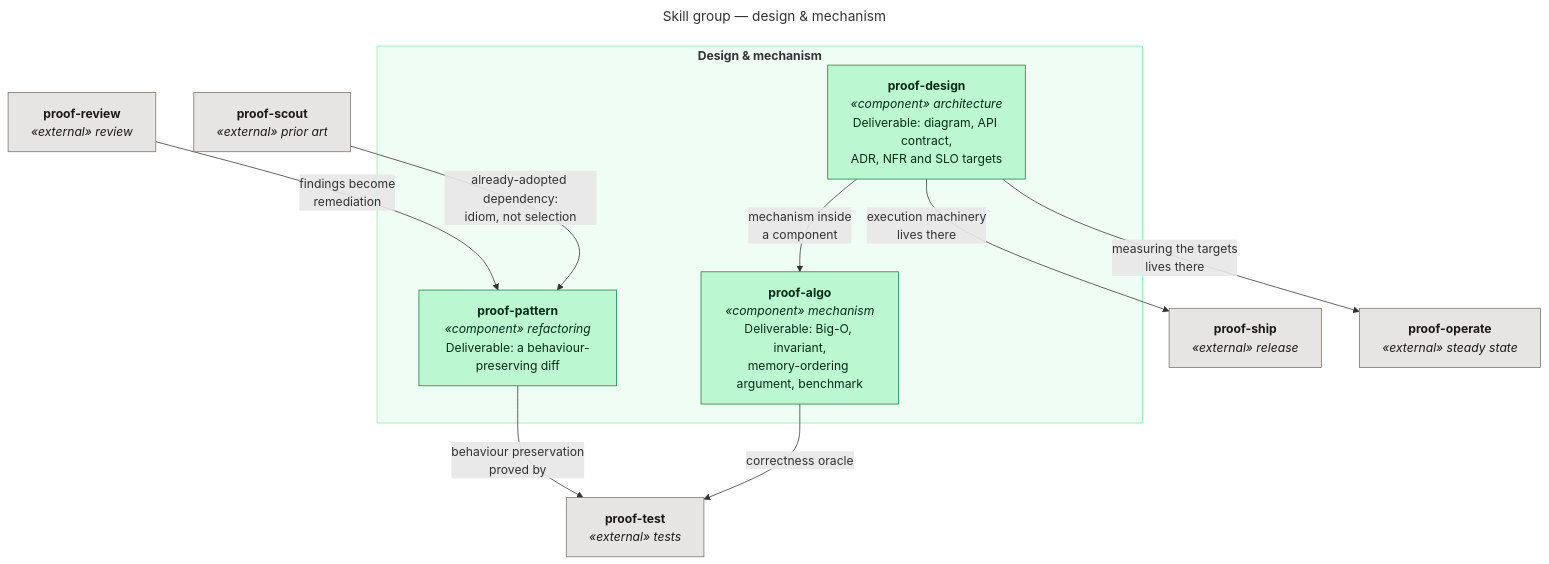
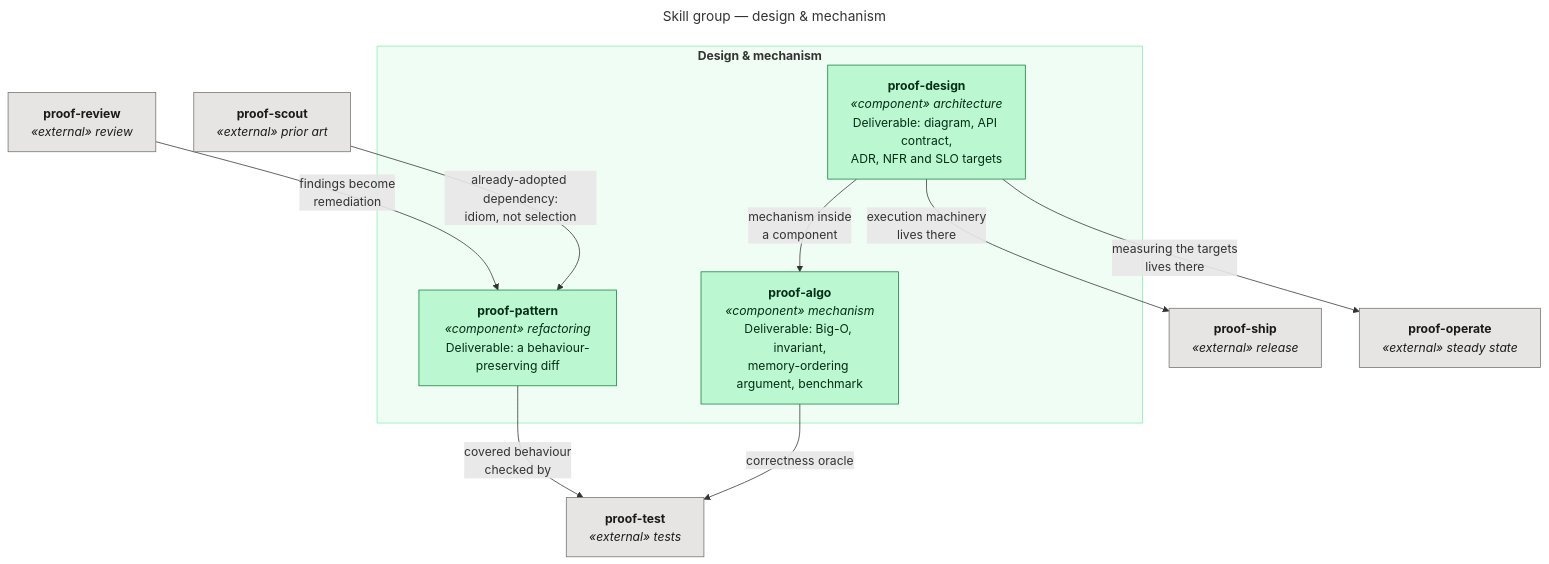
One commit to santapong/Proof changed the diagram in docs/c4/diagrams/src/skills-design-mechanism.mmd. Above: the diagram before and after it, drawn with Mermaid. The commit also changed 58 other files, not shown here.

Commit message:
docs: refresh Proof identity and architecture artwork

```diff
--- a/docs/c4/diagrams/src/skills-design-mechanism.mmd
+++ b/docs/c4/diagrams/src/skills-design-mechanism.mmd
@@ -1,29 +1,29 @@
 ---
 title: "Skill group — design & mechanism"
 ---
 flowchart TB
     subgraph g["<b>Design &amp; mechanism</b>"]
         design["<b>proof-design</b><br/><i>«component» architecture</i><br/>Deliverable: diagram, API contract,<br/>ADR, NFR and SLO targets"]
         algo["<b>proof-algo</b><br/><i>«component» mechanism</i><br/>Deliverable: Big-O, invariant,<br/>memory-ordering argument, benchmark"]
         pat["<b>proof-pattern</b><br/><i>«component» refactoring</i><br/>Deliverable: a behaviour-preserving diff"]
     end
 
     ship["<b>proof-ship</b><br/><i>«external» release</i>"]
     ops["<b>proof-operate</b><br/><i>«external» steady state</i>"]
     test["<b>proof-test</b><br/><i>«external» tests</i>"]
     rev["<b>proof-review</b><br/><i>«external» review</i>"]
     scout["<b>proof-scout</b><br/><i>«external» prior art</i>"]
 
     design -- "mechanism inside<br/>a component" --> algo
     design -- "execution machinery<br/>lives there" --> ship
     design -- "measuring the targets<br/>lives there" --> ops
     rev -- "findings become<br/>remediation" --> pat
-    pat -- "behaviour preservation<br/>proved by" --> test
+    pat -- "covered behaviour<br/>checked by" --> test
     algo -- "correctness oracle" --> test
     scout -- "already-adopted dependency:<br/>idiom, not selection" --> pat
 
     classDef component fill:#BBF7D0,stroke:#15803D,color:#052E16
     classDef extc fill:#E7E5E4,stroke:#78716C,color:#1C1917
     class design,algo,pat component
     class ship,ops,test,rev,scout extc
     style g fill:#F0FDF4,stroke:#86EFAC
```
